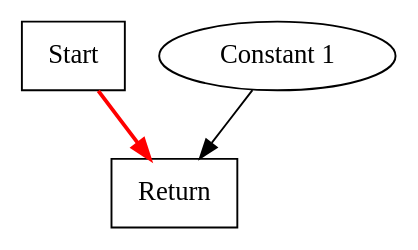
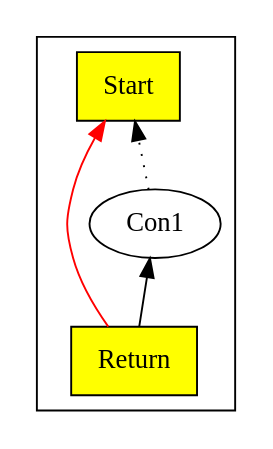
The diagram in chapter01/docs/01-graph.gv (SeaOfNodes/Simple), drawn with Graphviz before and after one commit.

Commit message:
Update older visuals to match new format

```diff
--- a/chapter01/docs/01-graph.gv
+++ b/chapter01/docs/01-graph.gv
@@ -1,9 +1,11 @@
-digraph chapter01 
-{
-    start [shape=box, label="Start"];
-    constant [label="Constant 1"];
-    return [shape=box, label="Return"];
-    constant -> return;
-    edge [color=red];
-    start -> return [style=bold];
+digraph chapter01 {
+	rankdir=BT;
+	subgraph cluster_Nodes {
+		Start1 [ shape=box style=filled fillcolor=yellow label="Start" ];
+		Con12 [ label="Con1" ];
+		Return3 [ shape=box style=filled fillcolor=yellow label="Return" ];
+	}
+	Con12 -> Start1 [style=dotted];
+	Return3 -> Start1 [color=red];
+	Return3 -> Con12;
 }
```
